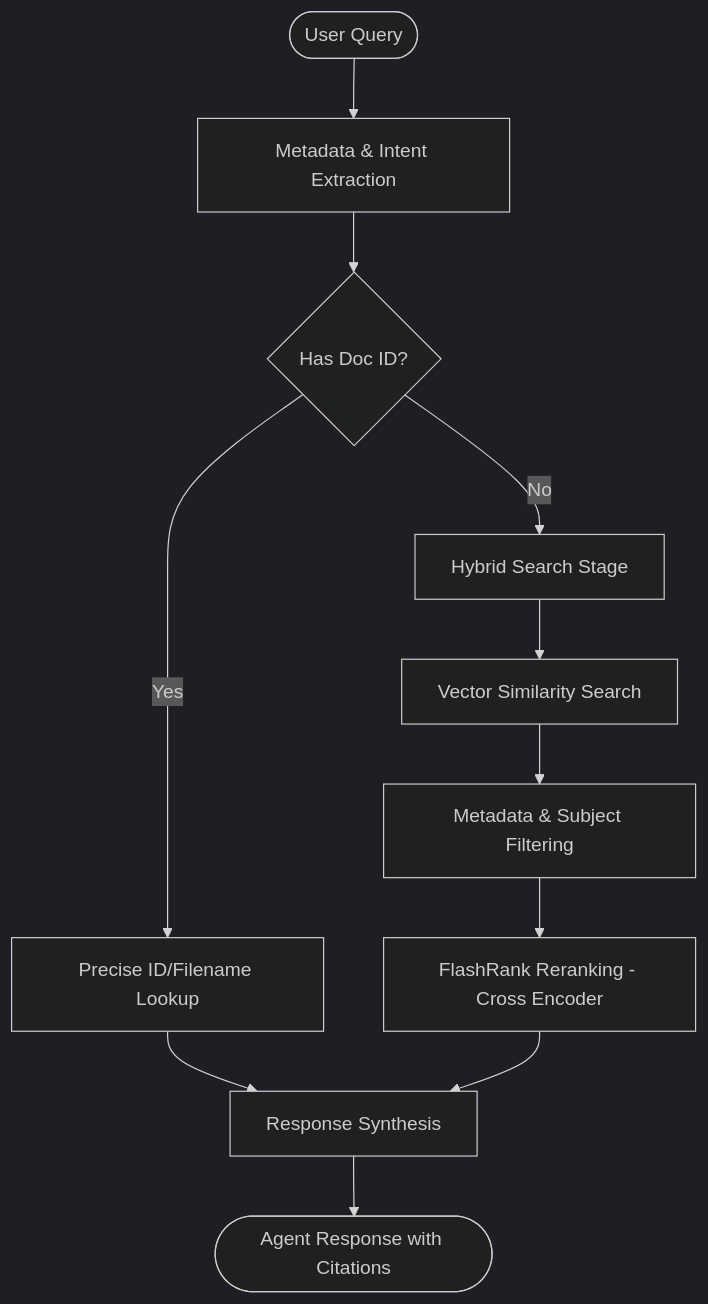
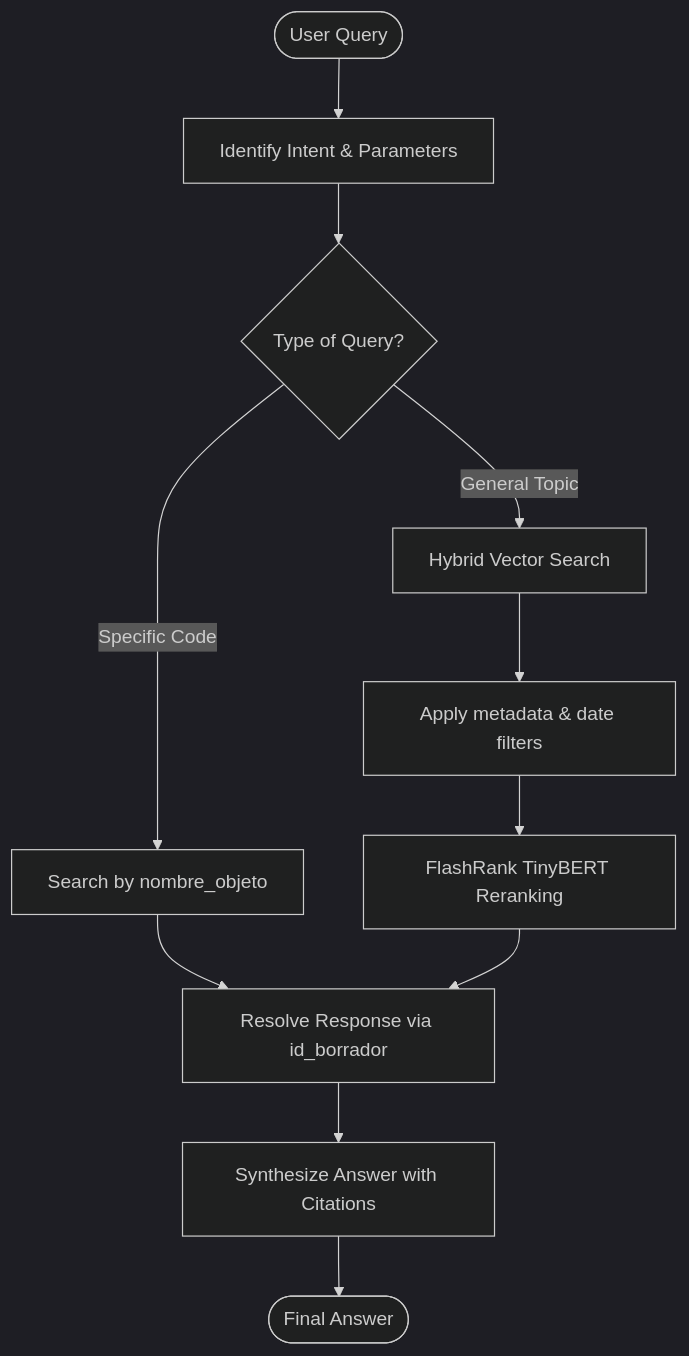
The diagram in src/agent-communications/README.md (jggomez/ai-rag-docs), drawn with Mermaid (dark theme) before and after one commit. The commit also changed other lines of this file and 41 other files, not shown here.

````diff
--- a/src/agent-communications/README.md
+++ b/src/agent-communications/README.md
@@ -20,17 +11,16 @@
 ```mermaid
 graph TD
-    User([User Query]) --> Extractor[Metadata & Intent Extraction]
-    Extractor --> Router{Has Doc ID?}
+    User([User Query]) --> Extractor[Identify Intent & Parameters]
+    Extractor --> Intent{Type of Query?}
     
-    Router -- Yes --> IDSearch[Precise ID/Filename Lookup]
-    Router -- No --> HybridSearch[Hybrid Search Stage]
+    Intent -- Specific Code --> CodeSearch[Search by nombre_objeto]
+    Intent -- General Topic --> VectorSearch[Hybrid Vector Search]
     
-    IDSearch --> Formatter[Response Synthesis]
+    CodeSearch --> Linker[Resolve Response via id_borrador]
+    VectorSearch --> Filter[Apply metadata & date filters]
+    Filter --> Reranker[FlashRank TinyBERT Reranking]
+    Reranker --> Linker
     
-    HybridSearch --> VectorSearch[Vector Similarity Search]
-    VectorSearch --> MetadataFilter[Metadata & Subject Filtering]
-    MetadataFilter --> Reranker[FlashRank Reranking - Cross Encoder]
-    Reranker --> Formatter
-    
-    Formatter --> Response([Agent Response with Citations])
+    Linker --> Formatter[Synthesize Answer with Citations]
+    Formatter --> Response([Final Answer])
 ```
````
